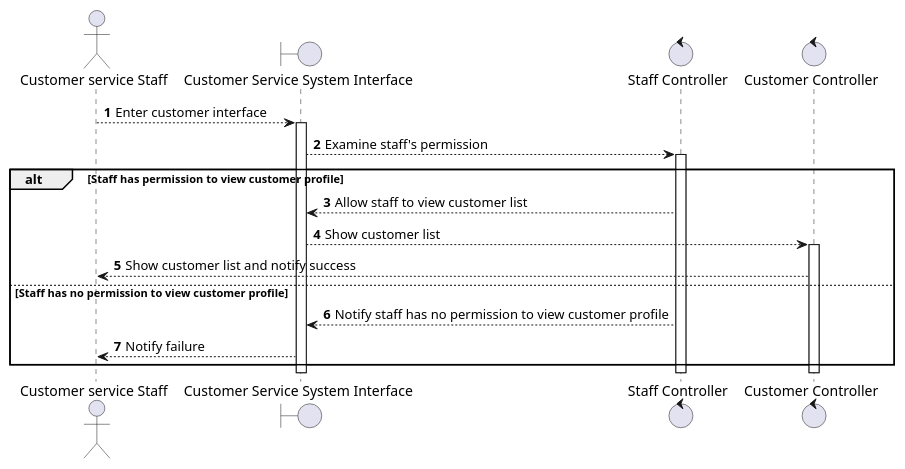
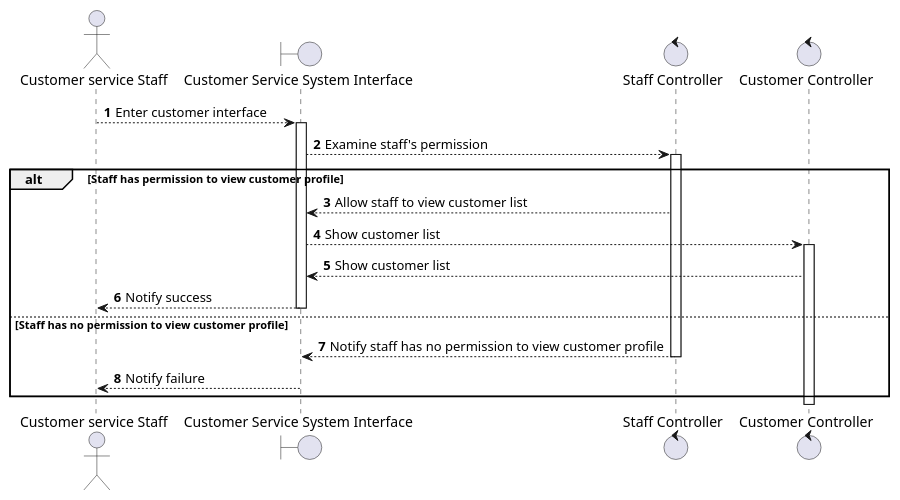
Before and after one commit to bthZang/SE357.O12.PMCL-practice: the diagram in Lab1.2/Sequence/View customer.puml, drawn with PlantUML. The commit also changed 1 other file, not shown here.

Commit message:
Add sequence for reset password

```diff
--- a/Lab1.2/Sequence/View customer.puml
+++ b/Lab1.2/Sequence/View customer.puml
@@ -1,18 +1,19 @@
 @startuml "View customer"
 autonumber
 actor "Customer service Staff" as Staff
 boundary "Customer Service System Interface" as CSSI
 control "Staff Controller" as SCtl
 control "Customer Controller" as CCtl 
 
 Staff --> CSSI ++: Enter customer interface
 CSSI --> SCtl ++: Examine staff's permission
 alt Staff has permission to view customer profile
 SCtl --> CSSI: Allow staff to view customer list
 CSSI --> CCtl ++: Show customer list
-CCtl --> Staff: Show customer list and notify success
+CCtl --> CSSI: Show customer list
+CSSI --> Staff --: Notify success
 else Staff has no permission to view customer profile
-SCtl --> CSSI: Notify staff has no permission to view customer profile
-CSSI --> Staff: Notify failure
+SCtl --> CSSI --: Notify staff has no permission to view customer profile
+CSSI --> Staff --: Notify failure
 end
 @enduml
```
